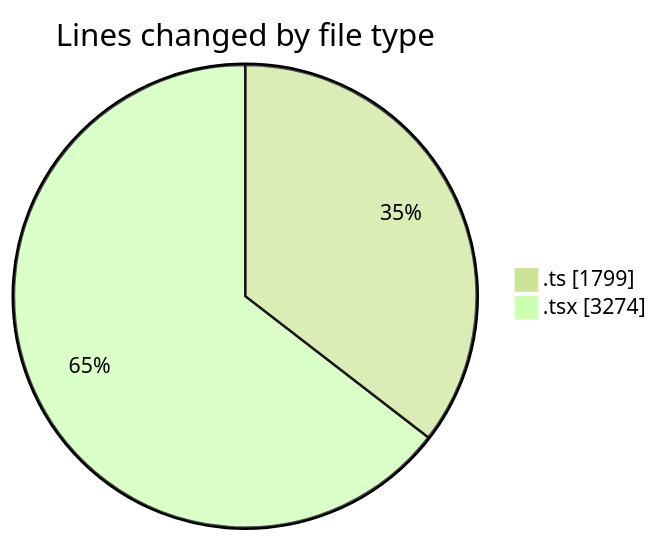
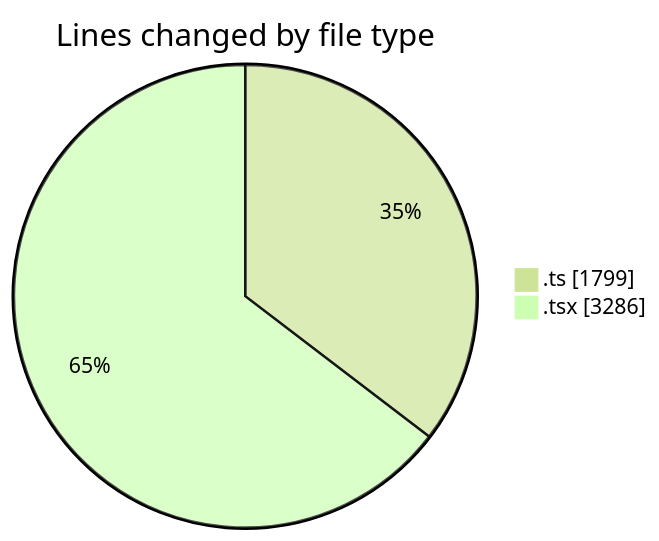
The first of 2 diagrams in 2025-07-01/cda/README.md (momahboobian/code-tracking), drawn with Mermaid (forest theme) before and after one commit. The commit also changed other lines of this file and 1 other file, not shown here.

````diff
--- a/2025-07-01/cda/README.md
+++ b/2025-07-01/cda/README.md
@@ -33,6 +33,6 @@
 ```mermaid
 pie showData
 title Lines changed by file type
 ".ts" : 1799
-".tsx" : 3274
+".tsx" : 3286
 ```
````
